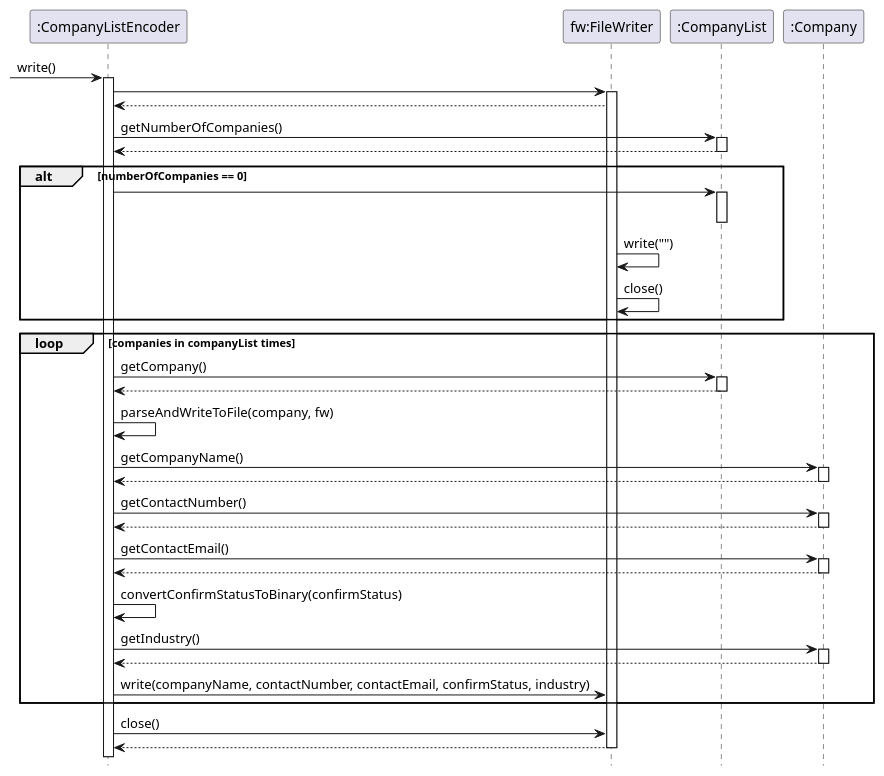
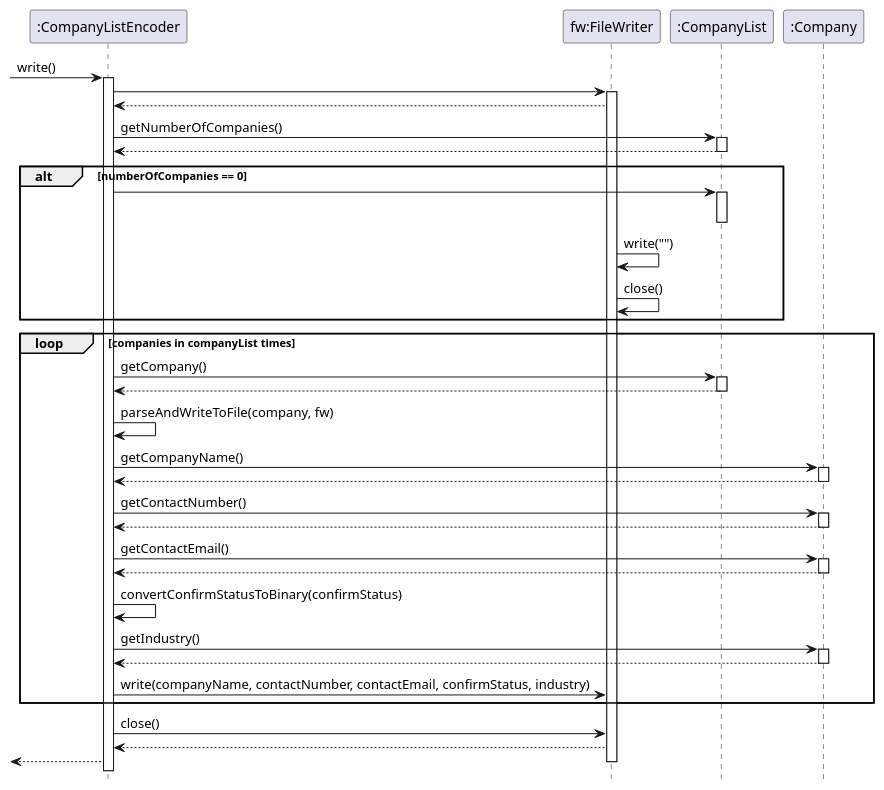
One commit to nus-cs2113-AY2223S2/tp changed the diagram in docs/UML/Encoder.puml. Above: the diagram before and after it, drawn with PlantUML.

Commit message:
Include return arrow in Encoder sequence diagram

```diff
--- a/docs/UML/Encoder.puml
+++ b/docs/UML/Encoder.puml
@@ -1,57 +1,58 @@
 @startuml
 'https://plantuml.com/sequence-diagram
 
 
 hide footbox
  -> ":CompanyListEncoder": write()
     activate ":CompanyListEncoder"
         ":CompanyListEncoder" -> "fw:FileWriter":
         activate "fw:FileWriter"
             "fw:FileWriter" --> ":CompanyListEncoder"
 
             ":CompanyListEncoder" -> ":CompanyList": getNumberOfCompanies()
             activate ":CompanyList"
             ":CompanyList" --> ":CompanyListEncoder"
             deactivate ":CompanyList"
             alt numberOfCompanies == 0
                 ":CompanyList" <- ":CompanyListEncoder":
                 activate ":CompanyList"
                 deactivate ":CompanyList"
                 "fw:FileWriter" -> "fw:FileWriter": write("")
                 "fw:FileWriter" -> "fw:FileWriter": close()
             end
             loop companies in companyList times
                 ":CompanyListEncoder" -> ":CompanyList": getCompany()
                 activate ":CompanyList"
                 ":CompanyListEncoder" <-- ":CompanyList":
                 deactivate ":CompanyList"
                 ":CompanyListEncoder" -> ":CompanyListEncoder": parseAndWriteToFile(company, fw)
 
                 ":CompanyListEncoder" -> ":Company": getCompanyName()
                 activate ":Company"
                 ":CompanyListEncoder" <-- ":Company":
                 deactivate ":Company"
 
                 ":CompanyListEncoder" -> ":Company": getContactNumber()
                 activate ":Company"
                 ":CompanyListEncoder" <-- ":Company":
                 deactivate ":Company"
 
                 ":CompanyListEncoder" -> ":Company": getContactEmail()
                 activate ":Company"
                 ":CompanyListEncoder" <-- ":Company":
                 deactivate ":Company"
 
                 ":CompanyListEncoder" -> ":CompanyListEncoder": convertConfirmStatusToBinary(confirmStatus)
                 ":CompanyListEncoder" -> ":Company": getIndustry()
                 activate ":Company"
                 ":CompanyListEncoder" <-- ":Company":
                 deactivate ":Company"
 
                 ":CompanyListEncoder" -> "fw:FileWriter": write(companyName, contactNumber, contactEmail, confirmStatus, industry)
             end
             ":CompanyListEncoder" -> "fw:FileWriter": close()
             ":CompanyListEncoder" <-- "fw:FileWriter"
+            <-- ":CompanyListEncoder"
         deactivate "fw:FileWriter"
 
 @enduml
```
